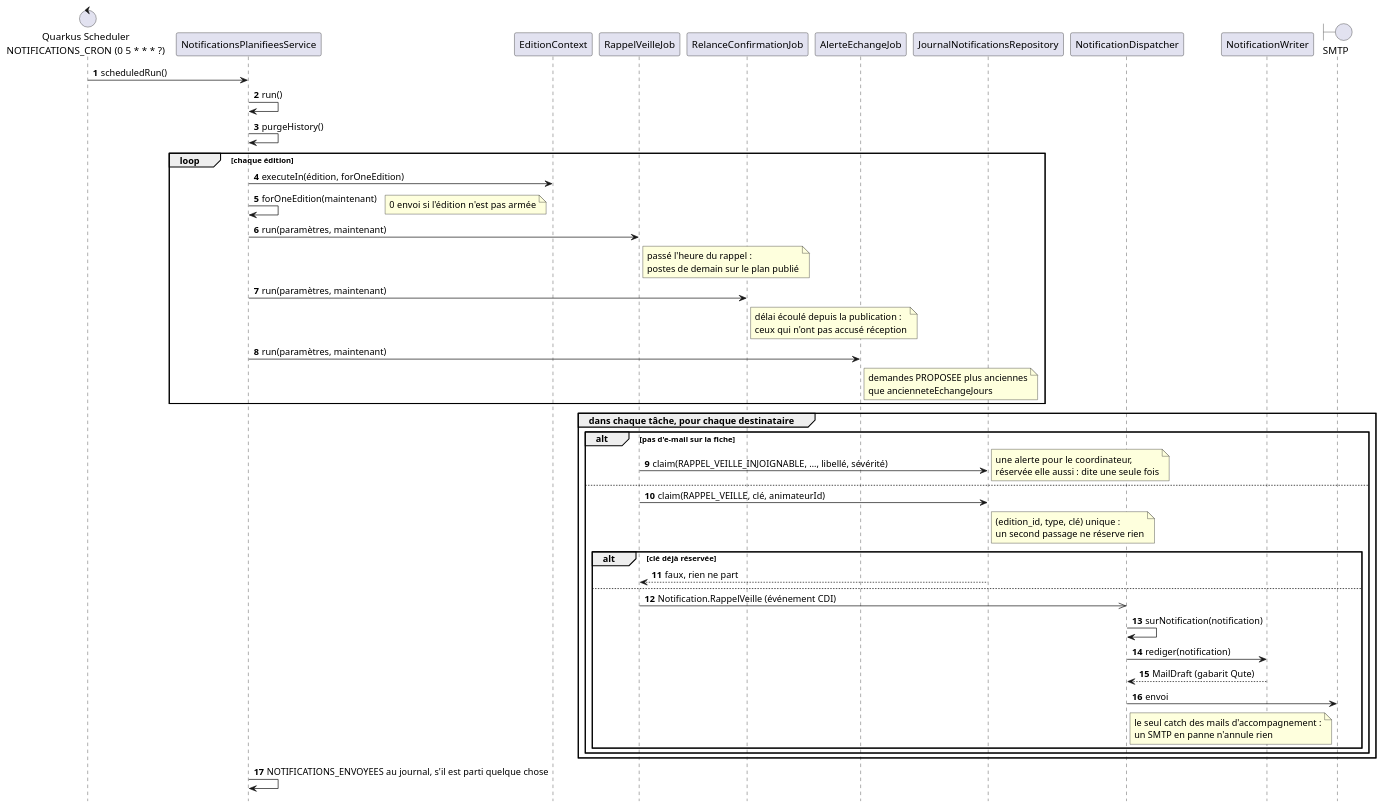
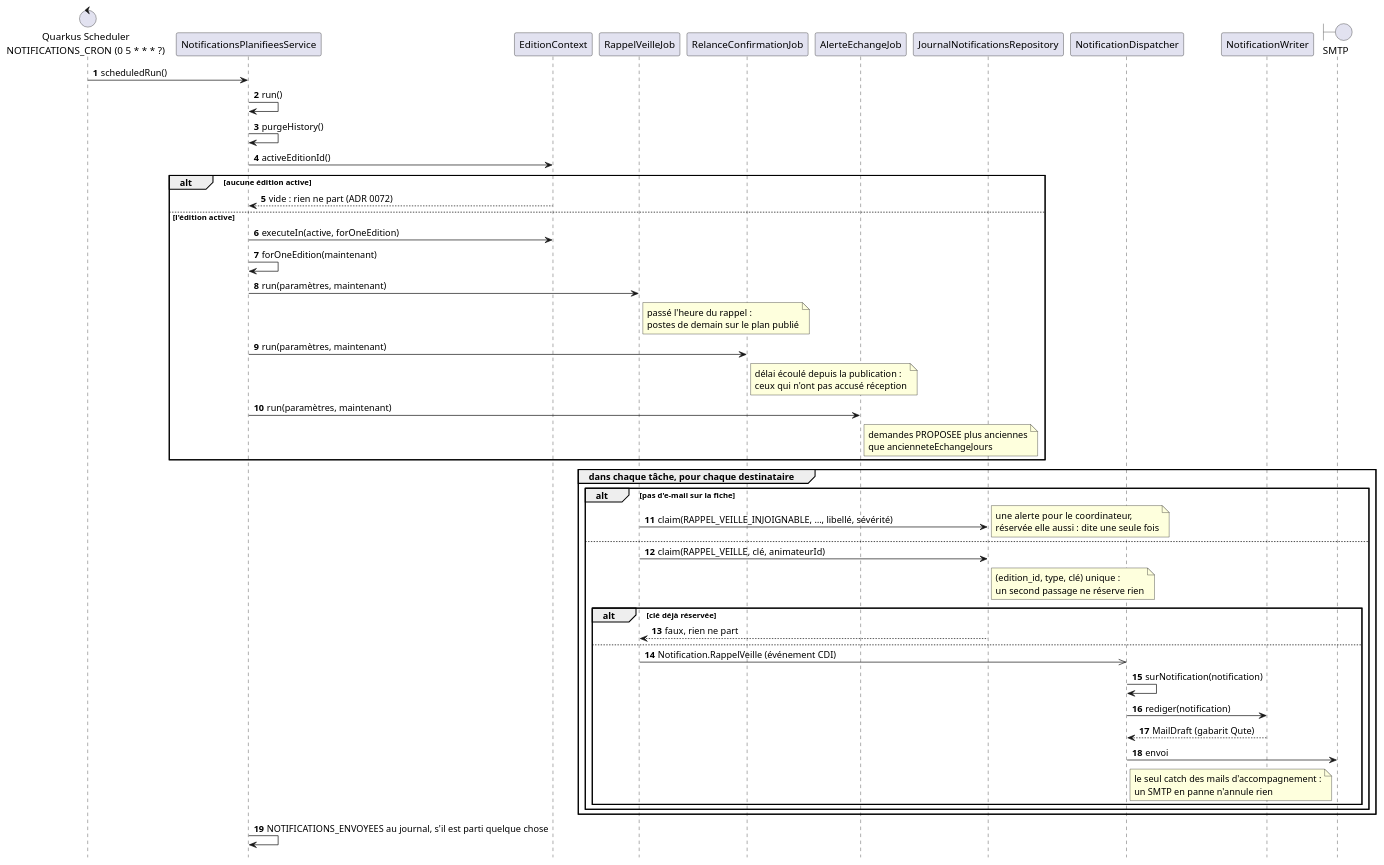
One commit to sylvainmetayer/planning-equipes changed the diagram in docs/diagrammes/notifications-planifiees.puml. Above: the diagram before and after it, drawn with PlantUML. The commit also changed 255 other files, not shown here.

First line of the commit message:
feat!: une seule édition active, seule à parler dehors

```diff
--- a/docs/diagrammes/notifications-planifiees.puml
+++ b/docs/diagrammes/notifications-planifiees.puml
@@ -1,57 +1,59 @@
 @startuml
-' L'envoi horaire : trois tâches, pour les seules éditions armées, lues sur le
+' L'envoi horaire : trois tâches, pour la seule édition active, lues sur le
 ' plan publié. Chaque envoi est d'abord réservé en base sur une clé : un
 ' passage de plus ne renvoie rien. Tout part en meilleur effort, par le
 ' dispatcher. Voir docs/exploitation.md, « Les envois automatiques de nuit ».
 skinparam backgroundColor #FFFFFF
 skinparam responseMessageBelowArrow true
 hide footbox
 autonumber
 
 control "Quarkus Scheduler\nNOTIFICATIONS_CRON (0 5 * * * ?)" as cron
 participant NotificationsPlanifieesService as service
 participant EditionContext as contexte
 participant RappelVeilleJob as veille
 participant RelanceConfirmationJob as relance
 participant AlerteEchangeJob as alerte
 participant JournalNotificationsRepository as journal
 participant NotificationDispatcher as dispatcher
 participant NotificationWriter as redacteur
 boundary "SMTP" as smtp
 
 cron -> service : scheduledRun()
 service -> service : run()
 service -> service : purgeHistory()
-loop chaque édition
-  service -> contexte : executeIn(édition, forOneEdition)
+service -> contexte : activeEditionId()
+alt aucune édition active
+  contexte --> service : vide : rien ne part (ADR 0072)
+else l'édition active
+  service -> contexte : executeIn(active, forOneEdition)
   service -> service : forOneEdition(maintenant)
-  note right : 0 envoi si l'édition n'est pas armée
   service -> veille : run(paramètres, maintenant)
   note right of veille : passé l'heure du rappel :\npostes de demain sur le plan publié
   service -> relance : run(paramètres, maintenant)
   note right of relance : délai écoulé depuis la publication :\nceux qui n'ont pas accusé réception
   service -> alerte : run(paramètres, maintenant)
   note right of alerte : demandes PROPOSEE plus anciennes\nque ancienneteEchangeJours
 end
 
 group dans chaque tâche, pour chaque destinataire
   alt pas d'e-mail sur la fiche
     veille -> journal : claim(RAPPEL_VEILLE_INJOIGNABLE, …, libellé, sévérité)
     note right : une alerte pour le coordinateur,\nréservée elle aussi : dite une seule fois
   else
     veille -> journal : claim(RAPPEL_VEILLE, clé, animateurId)
     note right of journal : (edition_id, type, clé) unique :\nun second passage ne réserve rien
     alt clé déjà réservée
       journal --> veille : faux, rien ne part
     else
       veille ->> dispatcher : Notification.RappelVeille (événement CDI)
       dispatcher -> dispatcher : surNotification(notification)
       dispatcher -> redacteur : rediger(notification)
       redacteur --> dispatcher : MailDraft (gabarit Qute)
       dispatcher -> smtp : envoi
       note right of dispatcher : le seul catch des mails d'accompagnement :\nun SMTP en panne n'annule rien
     end
   end
 end
 service -> service : NOTIFICATIONS_ENVOYEES au journal, s'il est parti quelque chose
 @enduml
```
